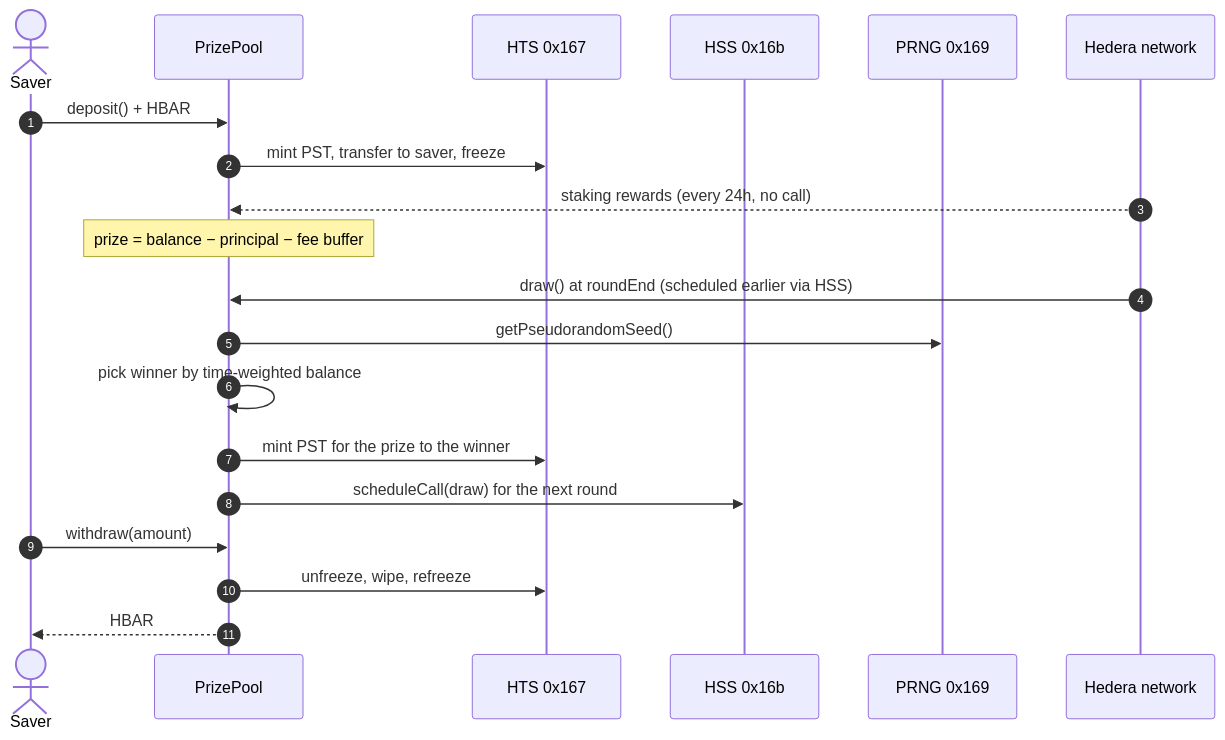
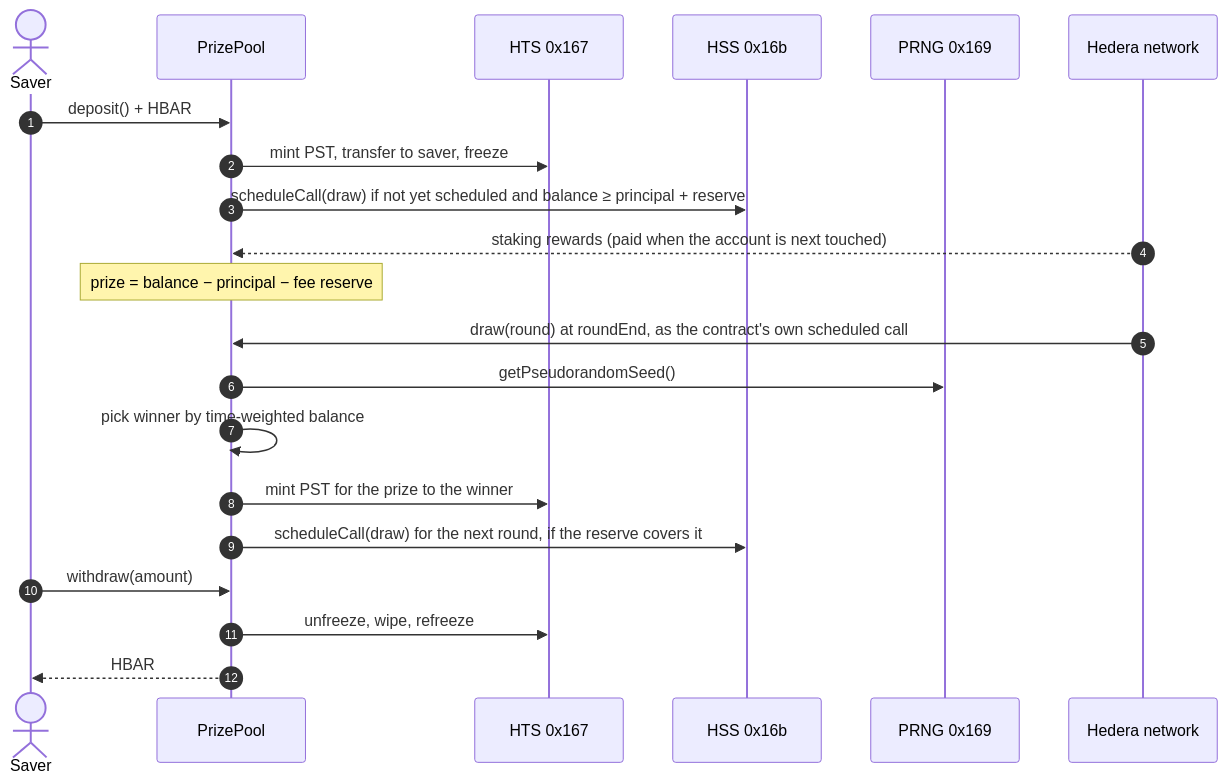
The diagram in README.md (nickthelegend/scaffold-hbar-prize-savings), drawn with Mermaid before and after one commit. The commit also changed other lines of this file and 4 other files, not shown here.

First line of the commit message:
Docs: fee reserve, scheduled-only draws, ticket sync, participant cap

````diff
--- a/README.md
+++ b/README.md
@@ -104,23 +108,24 @@
 ```mermaid
 sequenceDiagram
     autonumber
     actor Saver
     participant Pool as PrizePool
     participant HTS as HTS 0x167
     participant HSS as HSS 0x16b
     participant PRNG as PRNG 0x169
     participant Net as Hedera network
 
     Saver->>Pool: deposit() + HBAR
     Pool->>HTS: mint PST, transfer to saver, freeze
-    Net-->>Pool: staking rewards (every 24h, no call)
-    Note over Pool: prize = balance − principal − fee buffer
-    Net->>Pool: draw() at roundEnd (scheduled earlier via HSS)
+    Pool->>HSS: scheduleCall(draw) if not yet scheduled and balance ≥ principal + reserve
+    Net-->>Pool: staking rewards (paid when the account is next touched)
+    Note over Pool: prize = balance − principal − fee reserve
+    Net->>Pool: draw(round) at roundEnd, as the contract's own scheduled call
     Pool->>PRNG: getPseudorandomSeed()
     Pool->>Pool: pick winner by time-weighted balance
     Pool->>HTS: mint PST for the prize to the winner
-    Pool->>HSS: scheduleCall(draw) for the next round
+    Pool->>HSS: scheduleCall(draw) for the next round, if the reserve covers it
     Saver->>Pool: withdraw(amount)
     Pool->>HTS: unfreeze, wipe, refreeze
     Pool-->>Saver: HBAR
 ```
````
